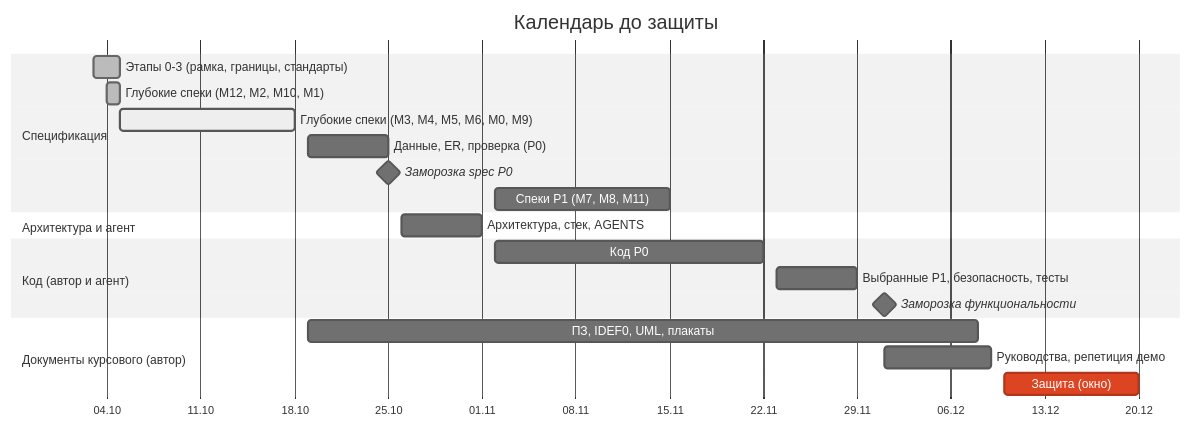
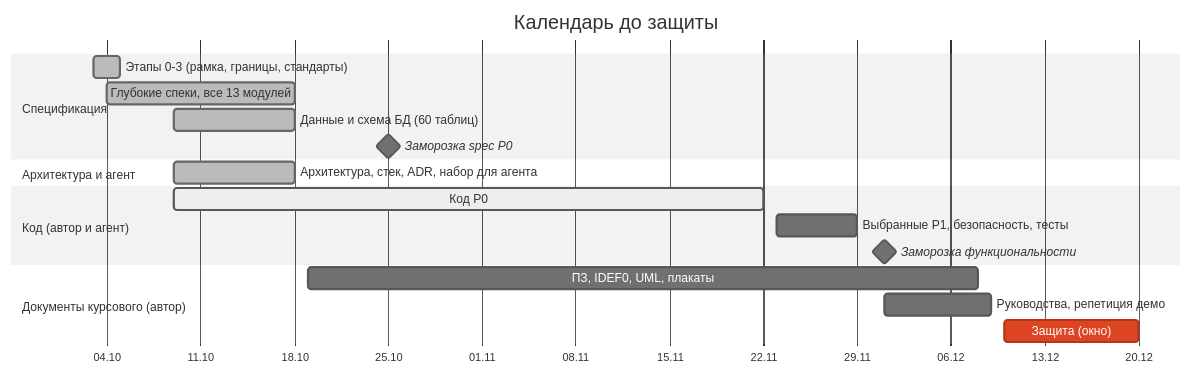
One commit to dimassaa/SigmaSeries changed the diagram in docs/STATUS.md. Above: the diagram before and after it, drawn with Mermaid (neutral theme). The commit also changed other lines of this file and 7 other files, not shown here.

````diff
--- a/docs/STATUS.md
+++ b/docs/STATUS.md
@@ -32,23 +31,21 @@
 ```mermaid
 gantt
     title Календарь до защиты
     dateFormat YYYY-MM-DD
     axisFormat %d.%m
     section Спецификация
     Этапы 0-3 (рамка, границы, стандарты) :done, s1, 2026-10-03, 2026-10-05
-    Глубокие спеки (M12, M2, M10, M1) :done, s2, 2026-10-04, 2026-10-05
-    Глубокие спеки (M3, M4, M5, M6, M0, M9) :active, s3, 2026-10-05, 2026-10-18
-    Данные, ER, проверка (P0) :s4, 2026-10-19, 2026-10-25
+    Глубокие спеки, все 13 модулей :done, s2, 2026-10-04, 2026-10-18
+    Данные и схема БД (60 таблиц) :done, s3, 2026-10-09, 2026-10-18
     Заморозка spec P0 :milestone, m1, 2026-10-25, 0d
-    Спеки P1 (M7, M8, M11) :s5, 2026-11-02, 2026-11-15
     section Архитектура и агент
-    Архитектура, стек, AGENTS :a1, 2026-10-26, 2026-11-01
+    Архитектура, стек, ADR, набор для агента :done, a1, 2026-10-09, 2026-10-18
     section Код (автор и агент)
-    Код P0 :c1, 2026-11-02, 2026-11-22
+    Код P0 :active, c1, 2026-10-09, 2026-11-22
     Выбранные P1, безопасность, тесты :c2, 2026-11-23, 2026-11-29
     Заморозка функциональности :milestone, m2, 2026-12-01, 0d
     section Документы курсового (автор)
     ПЗ, IDEF0, UML, плакаты :k1, 2026-10-19, 2026-12-08
     Руководства, репетиция демо :k2, 2026-12-01, 2026-12-09
     Защита (окно) :crit, k3, 2026-12-10, 2026-12-20
 ```
````
